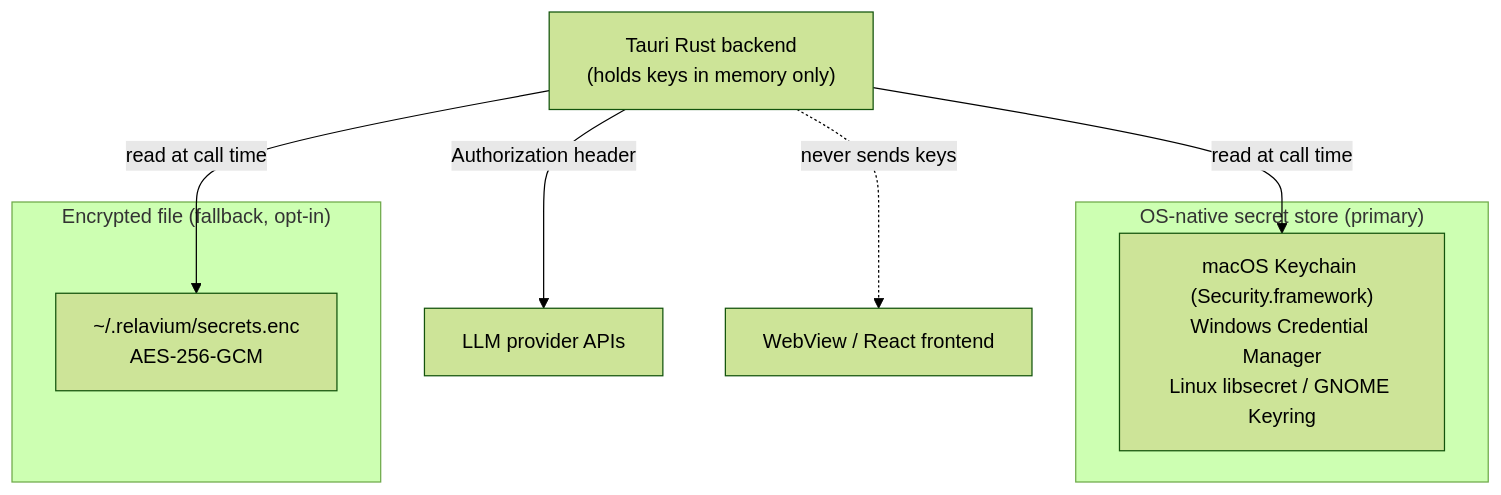
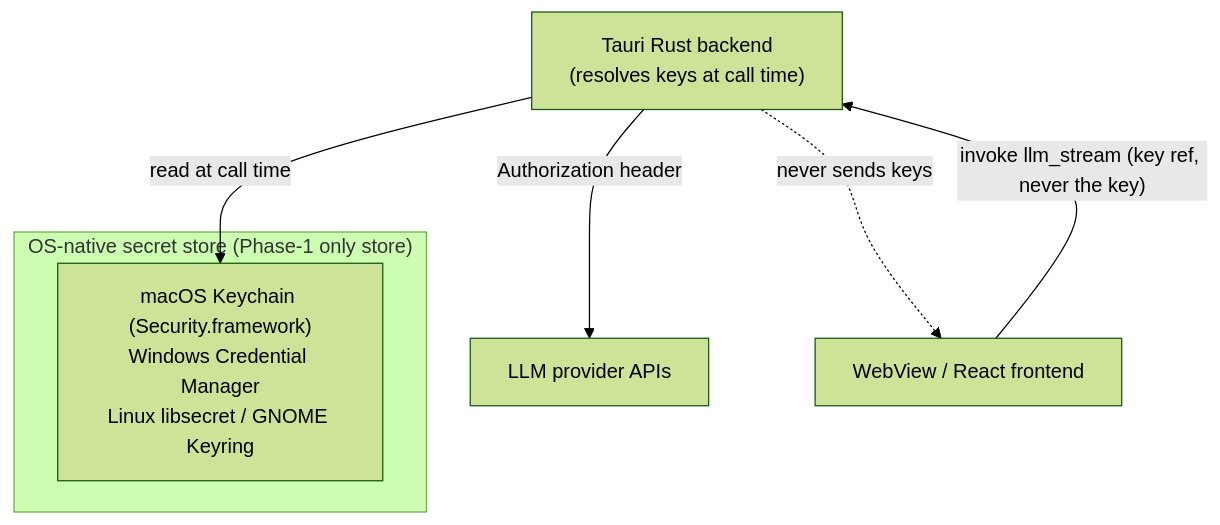
One commit to HodeTech/Relavium changed the diagram in docs/reference/desktop/keychain-and-secrets.md. Above: the diagram before and after it, drawn with Mermaid (forest theme). The commit also changed other lines of this file and 46 other files, not shown here.

````diff
--- a/docs/reference/desktop/keychain-and-secrets.md
+++ b/docs/reference/desktop/keychain-and-secrets.md
@@ -14,16 +14,13 @@
 ```mermaid
 flowchart TB
-  subgraph OS["OS-native secret store (primary)"]
+  subgraph OS["OS-native secret store (Phase-1 only store)"]
     KC["macOS Keychain (Security.framework)<br/>Windows Credential Manager<br/>Linux libsecret / GNOME Keyring"]
   end
-  subgraph File["Encrypted file (fallback, opt-in)"]
-    ENC["~/.relavium/secrets.enc<br/>AES-256-GCM"]
-  end
-  RUST["Tauri Rust backend<br/>(holds keys in memory only)"]
+  RUST["Tauri Rust backend<br/>(resolves keys at call time)"]
   LLM["LLM provider APIs"]
   WV["WebView / React frontend"]
+  WV -- "invoke llm_stream (key ref, never the key)" --> RUST
   RUST -- read at call time --> KC
-  RUST -- read at call time --> ENC
   RUST -- Authorization header --> LLM
   RUST -.->|never sends keys| WV
 ```
````
